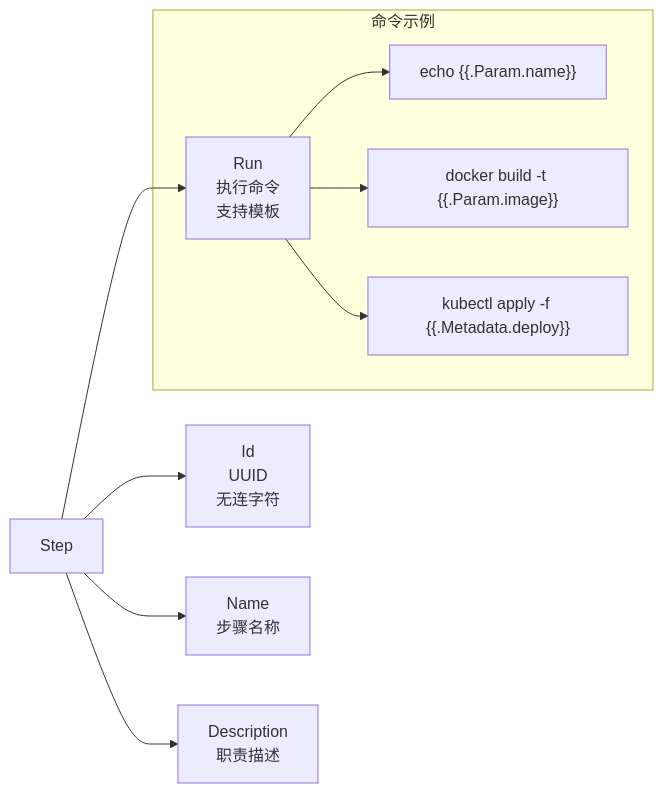
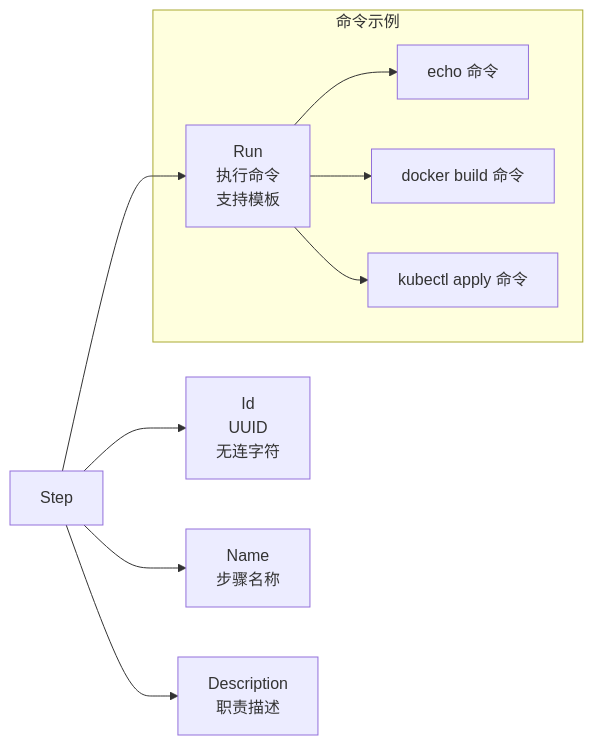
One commit to LerkoX/flowx changed the ninth of 10 diagrams in core/FLOWS.md. Above: the diagram before and after it, drawn with Mermaid. The commit also changed other lines of this file and 4 other files, not shown here.

First line of the commit message:
fix: remove double quotes from Mermaid node labels

````diff
--- a/core/FLOWS.md
+++ b/core/FLOWS.md
@@ -199,13 +199,13 @@
 ```mermaid
 flowchart LR
     A[Step] --> B[Id<br/>UUID<br/>无连字符]
     A --> C[Name<br/>步骤名称]
     A --> D[Description<br/>职责描述]
     A --> E[Run<br/>执行命令<br/>支持模板]
 
     subgraph 命令示例
-    E --> F["echo {{.Param.name}}"]
-    E --> G["docker build -t {{.Param.image}}"]
-    E --> H["kubectl apply -f {{.Metadata.deploy}}"]
+    E --> F[echo 命令]
+    E --> G[docker build 命令]
+    E --> H[kubectl apply 命令]
     end
 ```
````
